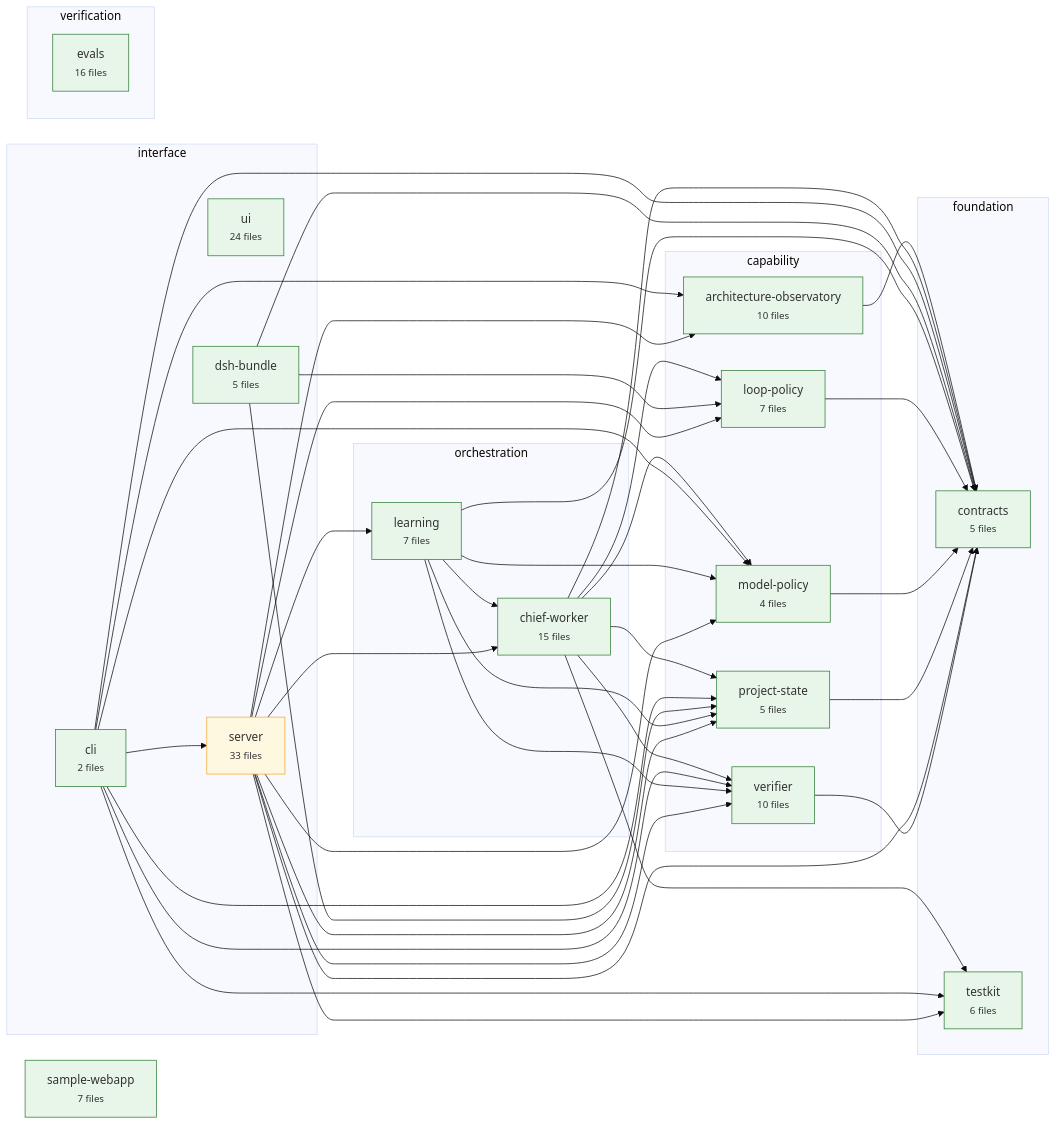
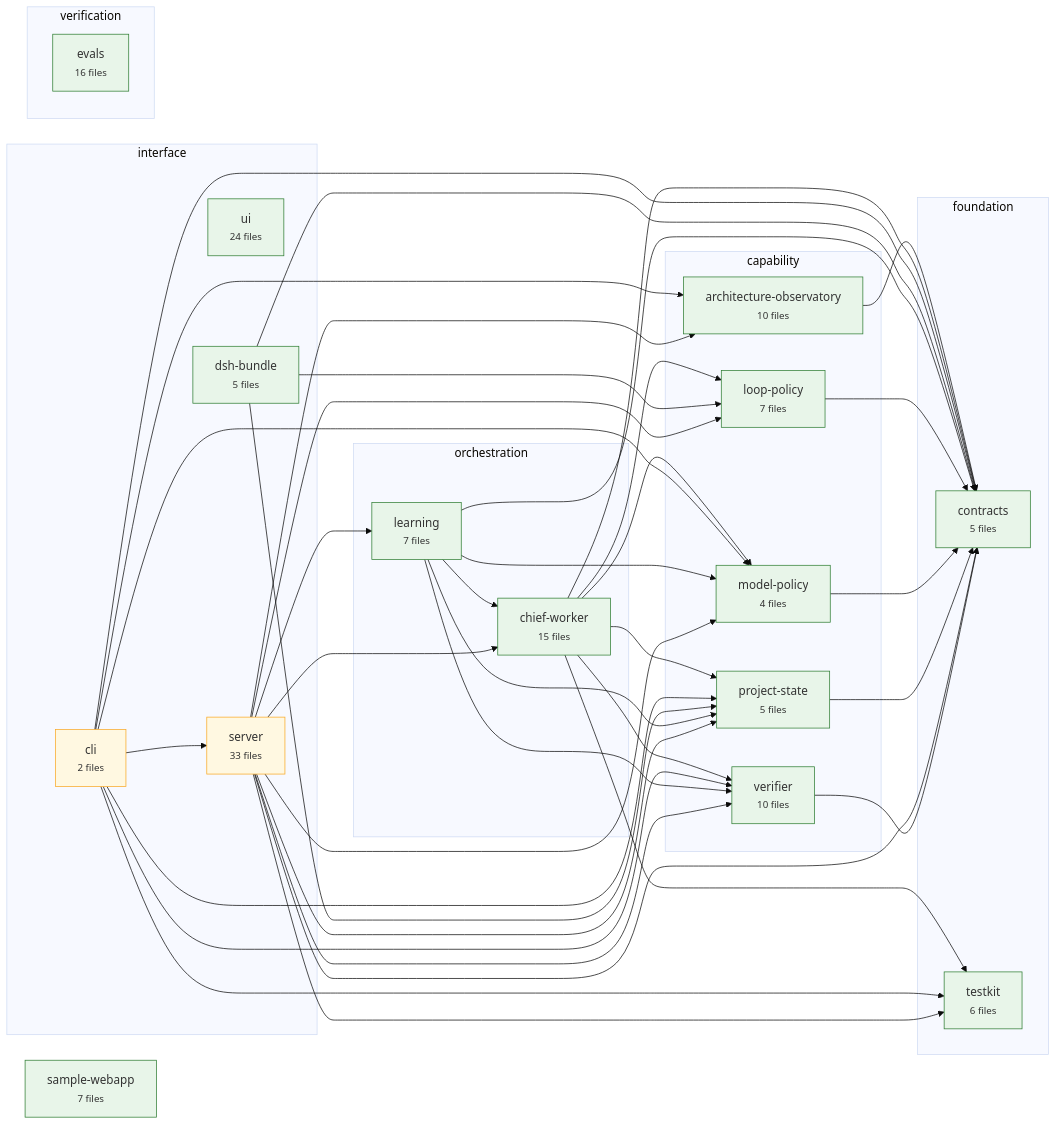
Before and after one commit to CharAzinabulu0079/dgx-super-agent: the diagram in .architecture/graph.mmd, drawn with Mermaid (base theme). The commit also changed 5 other files, not shown here.

```diff
--- a/.architecture/graph.mmd
+++ b/.architecture/graph.mmd
@@ -1,81 +1,81 @@
 flowchart LR
   subgraph layer_foundation["foundation"]
     contracts["contracts<br/><small>5 files</small>"]
     testkit["testkit<br/><small>6 files</small>"]
   end
   subgraph layer_capability["capability"]
     project_state["project-state<br/><small>5 files</small>"]
     verifier["verifier<br/><small>10 files</small>"]
     loop_policy["loop-policy<br/><small>7 files</small>"]
     model_policy["model-policy<br/><small>4 files</small>"]
     architecture_observatory["architecture-observatory<br/><small>10 files</small>"]
   end
   subgraph layer_orchestration["orchestration"]
     learning["learning<br/><small>7 files</small>"]
     chief_worker["chief-worker<br/><small>15 files</small>"]
   end
   subgraph layer_interface["interface"]
     server["server<br/><small>33 files</small>"]
     cli["cli<br/><small>2 files</small>"]
     ui["ui<br/><small>24 files</small>"]
     dsh_bundle["dsh-bundle<br/><small>5 files</small>"]
   end
   subgraph layer_verification["verification"]
     evals["evals<br/><small>16 files</small>"]
   end
   sample_webapp["sample-webapp<br/><small>7 files</small>"]
   architecture_observatory --> contracts
   chief_worker --> contracts
   chief_worker --> loop_policy
   chief_worker --> model_policy
   chief_worker --> project_state
   chief_worker --> testkit
   chief_worker --> verifier
   cli --> architecture_observatory
   cli --> contracts
   cli --> model_policy
   cli --> project_state
   cli --> server
   cli --> testkit
   cli --> verifier
   dsh_bundle --> contracts
   dsh_bundle --> loop_policy
   dsh_bundle --> project_state
   learning --> chief_worker
   learning --> contracts
   learning --> model_policy
   learning --> project_state
   learning --> verifier
   loop_policy --> contracts
   model_policy --> contracts
   project_state --> contracts
   server --> architecture_observatory
   server --> chief_worker
   server --> contracts
   server --> learning
   server --> loop_policy
   server --> model_policy
   server --> project_state
   server --> testkit
   server --> verifier
   verifier --> contracts
   classDef stable fill:#e8f5e9,stroke:#2e7d32
   classDef changing fill:#fff8e1,stroke:#f9a825
   classDef worker_active fill:#e3f2fd,stroke:#1565c0
   classDef gate_failed fill:#ffebee,stroke:#c62828
   classDef protected stroke:#6a1b9a,stroke-width:3px
   class contracts stable
   class testkit stable
   class project_state stable
   class verifier stable
   class loop_policy stable
   class model_policy stable
   class architecture_observatory stable
   class learning stable
   class chief_worker stable
   class server changing
-  class cli stable
+  class cli changing
   class ui stable
   class dsh_bundle stable
   class evals stable
   class sample_webapp stable
```
